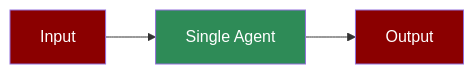
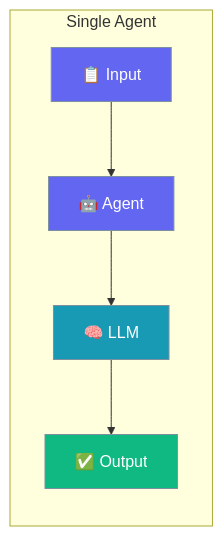
One commit to MervinPraison/PraisonAIDocs changed the first of 2 diagrams in docs/agents/single.mdx. Above: the diagram before and after it, drawn with Mermaid. The commit also changed other lines of this file and 1 other file, not shown here.

Commit message:
docs: AGENTS.md compliance for single, video agents (#1733)

````diff
--- a/docs/agents/single.mdx
+++ b/docs/agents/single.mdx
@@ -8,9 +21,16 @@
 ```mermaid
-flowchart LR
-    In[Input] --> Agent[Single Agent]
-    Agent --> Out[Output]
-    
-    style In fill:#8B0000,color:#fff
-    style Agent fill:#2E8B57,color:#fff
-    style Out fill:#8B0000,color:#fff
+graph LR
+    subgraph "Single Agent"
+        User[📋 Input] --> Agent[🤖 Agent]
+        Agent --> LLM[🧠 LLM]
+        LLM --> Result[✅ Output]
+    end
+
+    classDef input fill:#6366F1,stroke:#7C90A0,color:#fff
+    classDef process fill:#189AB4,stroke:#7C90A0,color:#fff
+    classDef output fill:#10B981,stroke:#7C90A0,color:#fff
+
+    class User,Agent input
+    class LLM process
+    class Result output
 ```
````
